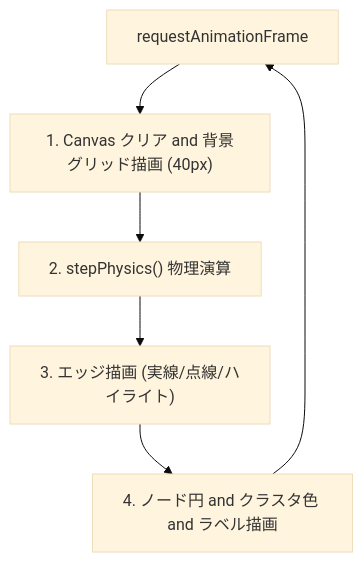
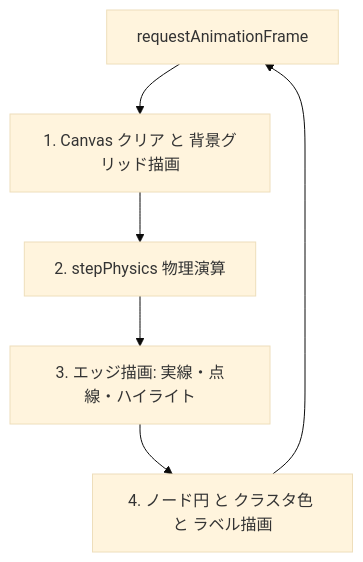
The fifth of 6 diagrams in docs/designs/DSN-14-graph_engineering_dashboard.md (rokujyouhitoma/arxiv-security-papers), drawn with Mermaid (base theme) before and after one commit. The commit also changed other lines of this file, not shown here.

Commit message:
fix(docs): fix Mermaid diagram syntax in DSN-14 for universal renderer compatibility

````diff
--- a/docs/designs/DSN-14-graph_engineering_dashboard.md
+++ b/docs/designs/DSN-14-graph_engineering_dashboard.md
@@ -399,8 +399,8 @@
 ```mermaid
-graph TD
-    RAF["requestAnimationFrame"] --> Clear["1. Canvas クリア and 背景グリッド描画 (40px)"]
-    Clear --> Phys["2. stepPhysics() 物理演算"]
-    Phys --> EdgeDraw["3. エッジ描画 (実線/点線/ハイライト)"]
-    EdgeDraw --> NodeDraw["4. ノード円 and クラスタ色 and ラベル描画"]
+flowchart TD
+    RAF["requestAnimationFrame"] --> Clear["1. Canvas クリア と 背景グリッド描画"]
+    Clear --> Phys["2. stepPhysics 物理演算"]
+    Phys --> EdgeDraw["3. エッジ描画: 実線・点線・ハイライト"]
+    EdgeDraw --> NodeDraw["4. ノード円 と クラスタ色 と ラベル描画"]
     NodeDraw --> RAF
 ```
````
